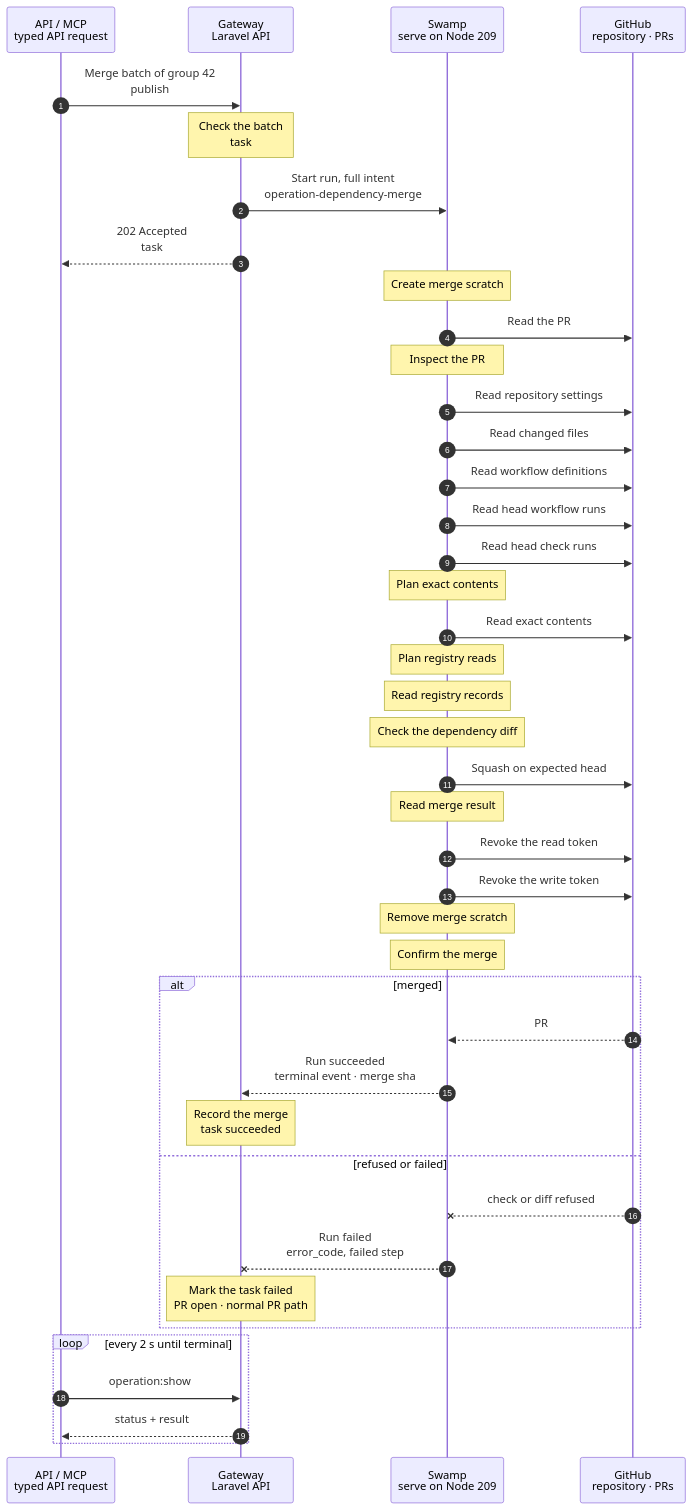
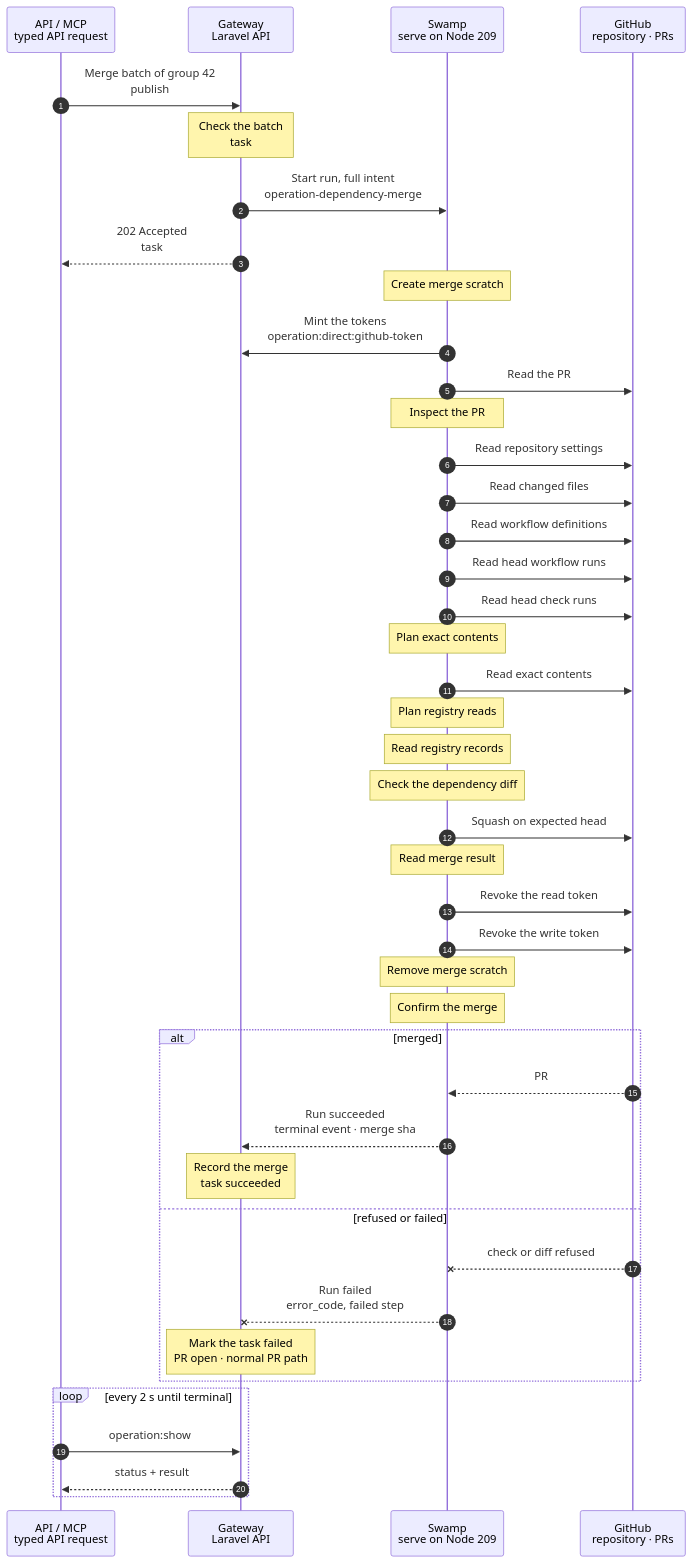
Before and after one commit to hardimpactdev/orbit: the diagram in docs/cli/tasks/dependency-merge.mmd, drawn with Mermaid. The commit also changed 13 other files, not shown here.

First line of the commit message:
tasks: mint the dependency merge tokens at its first step

```diff
--- a/docs/cli/tasks/dependency-merge.mmd
+++ b/docs/cli/tasks/dependency-merge.mmd
@@ -1,116 +1,119 @@
 sequenceDiagram
-  %% Target design: ADR 0244 task, DECISIONS 1 (tokens minted at admission, vault; no private-material callback) and R2-R3. docs/reference/tasks.md#dependency-batch-squash-admission.
+  %% Target design: ADR 0244 task, R2-R3. Nick 2026-11-06: a task never holds a GitHub credential at admission; the first step of the run mints the two tokens when it runs. docs/reference/tasks.md#dependency-batch-squash-admission.
   %% Tightened: flow-tighten 2026-11-02; native command boundaries remain visible, independent reads and content requests fan out.
   %% status: migrated
   %% command: none · API / MCP (tasks-dependency-merge)
   %% kind: tasks.dependency_merge
   autonumber
   %% lane CLI icon=terminal pill=caller tone=gray
   %% lane GW icon=gateway pill=intent tone=blue
   %% lane SW icon=workflow pill=executes tone=green
   %% lane GH icon=server pill=target tone=purple
   participant CLI as API / MCP<br/>typed API request
   participant GW as Gateway<br/>Laravel API
   participant SW as Swamp<br/>serve on Node 209
   participant GH as GitHub<br/>repository · PRs
   CLI->>GW: Merge batch of group 42<br/>publish #5165 · head 9f3c…
   %%> Command:
   %%> - `POST /api/v1/task-groups/42/dependency-merge` with `publish_operation_id` 5165, `head_sha` and an `Idempotency-Key`
   %%> - syntax: the MCP tool `tasks-dependency-merge` with `group`, `publish_operation_id`, `head_sha`
   %%> Who can call it:
   %%> - only the configured Services Node; there is no `orbit` command
-  Note over GW: Check the batch<br/>task #5166 · mint 2 tokens
+  Note over GW: Check the batch<br/>task #5166 · key names
   %%> Requirements:
   %%> - the Project has dependency merge enabled; today every Project is off
   %%> - the Project is an app with a hosted production Instance; packages and unclassified monorepos are refused
   %%> - group 42 is an external dependency batch the Services Node created, with a passed handoff check and the exact successful publish task #5165 for this head
   %%> - no other task runs on group 42; the Gateway holds one lock per group
   %%> What it does:
-  %%> - mints a write token with only `contents: write` and `pull_requests: write`, never `workflows: write`
-  %%> - mints a read token with `contents`, `pull_requests`, `checks` and `actions` read
-  %%> - pushes both to the vault as `dependency-merge-write-<uuid>` and `dependency-merge-read-<uuid>` after commit (R3); no step fetches them from the Gateway
+  %%> - names the vault keys `dependency-merge-write-<uuid>` and `dependency-merge-read-<uuid>`; it mints no token
   %%> Result:
   %%> - task #5166 recorded with the full intent
   GW->>SW: Start run, full intent<br/>operation-dependency-merge
   %%> What it does:
   %%> - starts one Swamp run on serve (Node 209); no Node is a target
   %%> Inputs:
   %%> - the repository, default branch, PR branch `task-42`, expected head, and the smoke workflow path
-  %%> - the vault key names of the tokens, never the tokens
+  %%> - the vault key names of the tokens, never the tokens; no token exists yet
   GW-->>CLI: 202 Accepted<br/>task #5166
   %%> What you get:
   %%> - the task number, at once
   %%> Next:
   %%> - the caller follows the task with `operation:show`
   Note over SW: Create merge scratch
   %%> What it does:
   %%> - creates a private temporary directory for native replies; no repository content enters run data
+  SW->>GW: Mint the tokens<br/>operation:direct:github-token
+  %%> What it does:
+  %%> - the step posts the run id with `purpose: dependency_merge`; the Gateway checks the Operation, the run and the repository
+  %%> - it mints a write token with only `contents: write` and `pull_requests: write`, never `workflows: write`, and a read token with `contents`, `pull_requests`, `checks` and `actions` read
+  %%> - it writes both to the vault keys that admission named; the reply holds descriptors only
   SW->>GH: Read the PR
   Note over SW: Inspect the PR
   %%> Recovery:
   %%> - an already-merged exact head skips metadata, contents, registry reads and the PUT; its merge SHA is kept
   SW->>GH: Read repository settings
   %%> Parallel:
   %%> - repository settings, changed files, workflow definitions, exact-head workflow runs and check runs are independent native reads
   SW->>GH: Read changed files
   %%> What it does:
   %%> - follows all Link pages; count, duplicates and the GitHub truncation boundary are checked before reading contents
   SW->>GH: Read workflow definitions
   SW->>GH: Read head workflow runs
   SW->>GH: Read head check runs
   Note over SW: Plan exact contents
   SW->>GH: Read exact contents
   %%> What it does:
   %%> - reads every allowed changed file at base and head, and its root manifest, in parallel
   Note over SW: Plan registry reads
   Note over SW: Read registry records
   %%> What it does:
   %%> - reads public Packagist metadata with bounded curl commands; no GitHub token reaches the registry
   Note over SW: Check the dependency diff
   %%> Refuses:
   %%> - changes outside existing dependency versions, breaking root ranges, untrusted lock sources or unreachable packages
   %%> - exact-head Required checks or the configured production smoke suite missing, pending or failed
   SW->>GH: Squash on expected head
   %%> What it does:
   %%> - one squash PUT with the admitted sha; a moved head refuses without merging
   Note over SW: Read merge result
   SW->>GH: Revoke the read token
   %%> When:
   %%> - always, on success and failure; best effort because both tokens expire within one hour
   SW->>GH: Revoke the write token
   %%> When:
   %%> - always, on success and failure; best effort because both tokens expire within one hour
   Note over SW: Remove merge scratch
   Note over SW: Confirm the merge
   alt merged
     GH-->>SW: PR #57 merged · sha
     %%> Returns:
     %%> - the merge commit
     SW-->>GW: Run succeeded<br/>terminal event · merge sha
     %%> How the Gateway learns it:
     %%> - its shared run reader sees the terminal event; Swamp never calls the Gateway
     Note over GW: Record the merge<br/>task succeeded
     %%> Result:
     %%> - task #5166 succeeds with the merge SHA
     %%> - the task system sees the merge and completes group 42 as usual; nothing is deployed here
   else refused or failed
     GH--xSW: check or diff refused
     %%> When:
     %%> - a check, file or diff rule refuses, the head moved, or GitHub refuses the merge
     SW--xGW: Run failed<br/>error_code, failed step
     %%> The Gateway reads:
     %%> - which step failed and its error code
     Note over GW: Mark the task failed<br/>PR open · normal PR path
     %%> Result:
     %%> - task #5166 fails; PR #57 stays open and goes through ordinary PR handling
     %%> Retry:
     %%> - a new request for the same head is a new task with new tokens; it reads everything again
   end
   loop every 2 s until terminal
     CLI->>GW: operation:show #5166
     %%> What it does:
     %%> - asks for the task's status every 2 seconds until it has ended
     GW-->>CLI: status + result
     %%> Returns:
     %%> - the current status, and the result once the task has ended
   end
```
